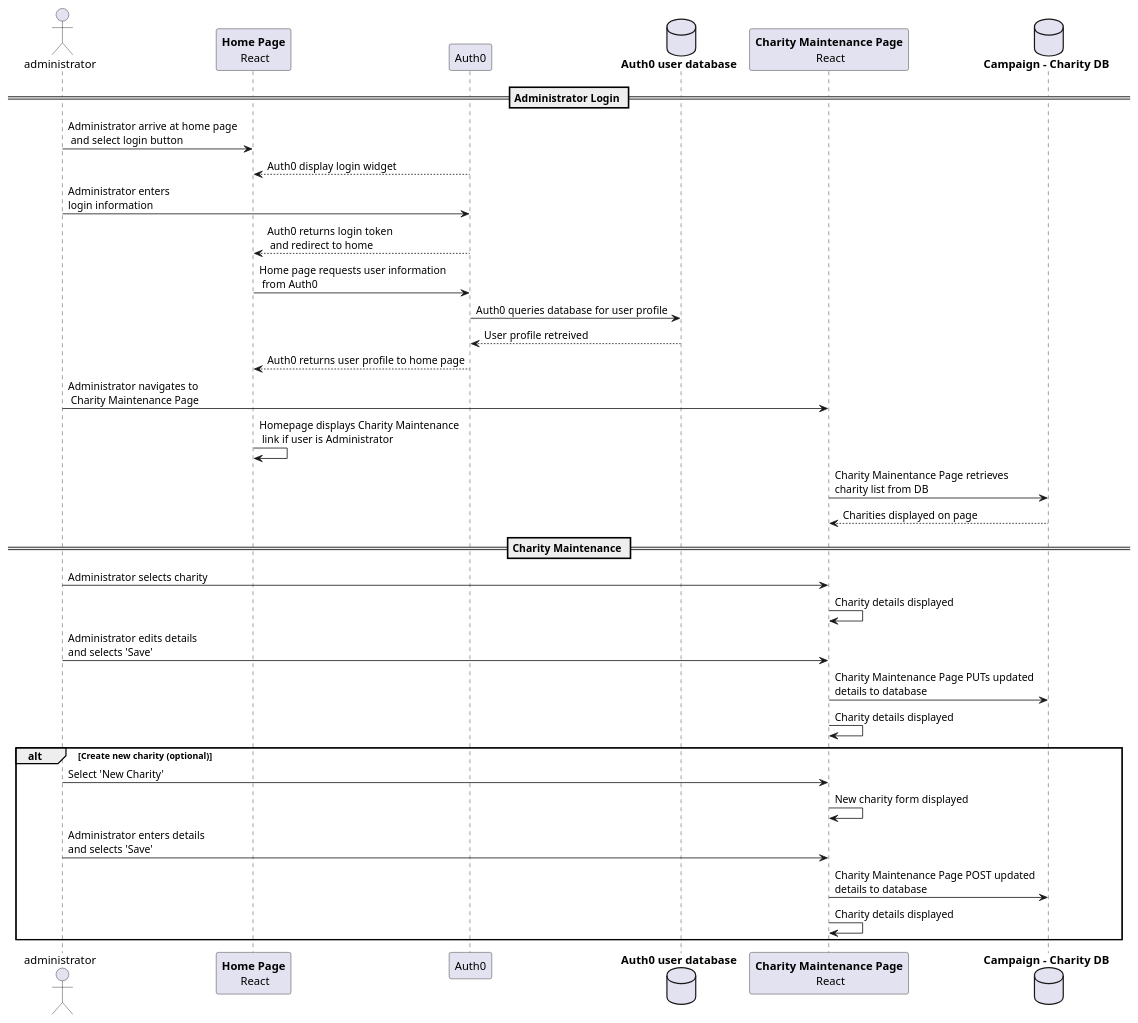
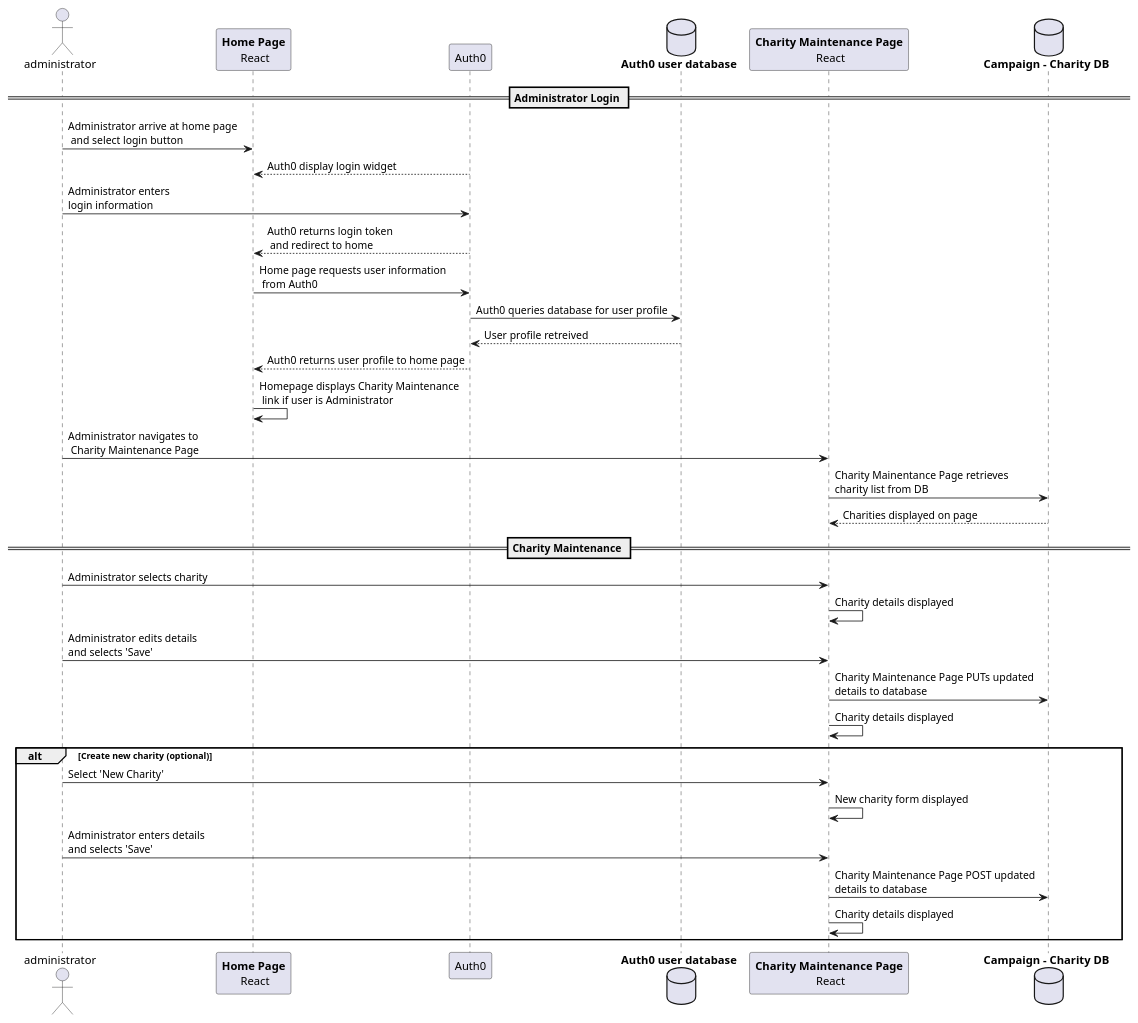
One commit to blockchainphilanthropy/donationplatform changed the diagram in sequence diagram/create-charity-flow.plantuml. Above: the diagram before and after it, drawn with PlantUML. The commit also changed other lines of this file and 1 other file, not shown here.

```diff
--- a/sequence diagram/create-charity-flow.plantuml
+++ b/sequence diagram/create-charity-flow.plantuml
@@ -1,38 +1,38 @@
 @startuml
     actor administrator as a
     participant "**Home Page**\n React" as home
     participant "Auth0" as a0
     database "**Auth0 user database**" as a0db
 
     participant "**Charity Maintenance Page**\n React" as cmp
     database "**Campaign - Charity DB**" as cdb
 
 == Administrator Login ==
     a -> home: Administrator arrive at home page \n and select login button
     a0 --> home: Auth0 display login widget
     a -> a0: Administrator enters \nlogin information
     a0 --> home: Auth0 returns login token \n and redirect to home
     home -> a0: Home page requests user information\n from Auth0
     a0 -> a0db: Auth0 queries database for user profile
     a0db --> a0: User profile retreived
     a0 --> home: Auth0 returns user profile to home page 
+    home -> home: Homepage displays Charity Maintenance \n link if user is Administrator
     a -> cmp: Administrator navigates to \n Charity Maintenance Page
-    home -> home: Homepage displays Charity Maintenance \n link if user is Administrator
     cmp -> cdb: Charity Mainentance Page retrieves\ncharity list from DB
     cdb --> cmp: Charities displayed on page
 
 == Charity Maintenance ==
     a -> cmp: Administrator selects charity
     cmp -> cmp: Charity details displayed
     a -> cmp: Administrator edits details\nand selects 'Save'
     cmp -> cdb: Charity Maintenance Page PUTs updated\ndetails to database
     cmp -> cmp: Charity details displayed
 
     alt Create new charity (optional)
         a -> cmp: Select 'New Charity'
         cmp -> cmp: New charity form displayed
         a -> cmp: Administrator enters details\nand selects 'Save'
         cmp -> cdb: Charity Maintenance Page POST updated\ndetails to database
         cmp -> cmp: Charity details displayed        
     end
 @end
```
